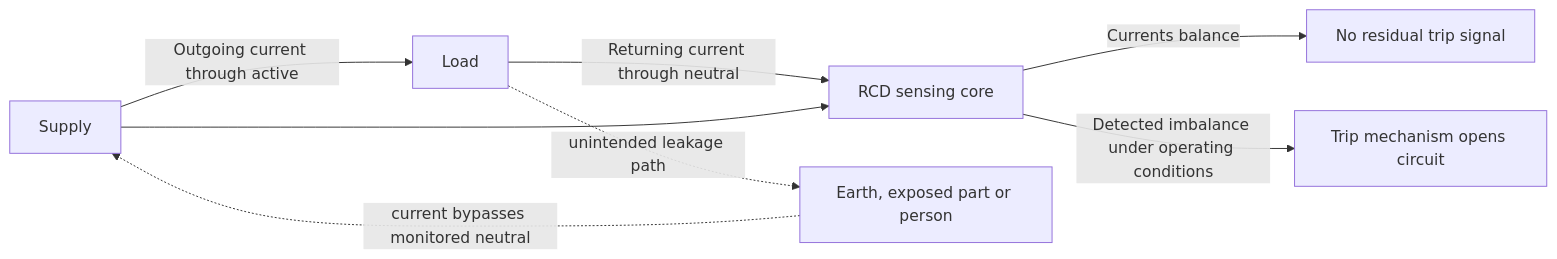
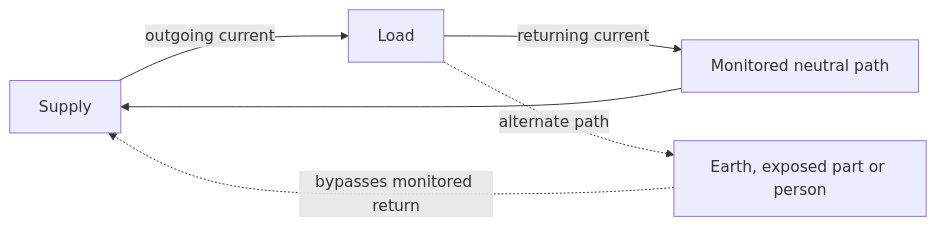
The second of 2 diagrams in docs/learning-plans/4-week/modules/day-04-rcd-protection-and-additional-protection.md (andrew3stedall/capstone), drawn with Mermaid before and after one commit. The commit also changed other lines of this file, not shown here.

Commit message:
docs: strengthen Day 4 RCD learning module

````diff
--- a/docs/learning-plans/4-week/modules/day-04-rcd-protection-and-additional-protection.md
+++ b/docs/learning-plans/4-week/modules/day-04-rcd-protection-and-additional-protection.md
@@ -177,10 +188,8 @@
 ```mermaid
 flowchart LR
-    S["Supply"] -->|"Outgoing current through active"| L["Load"]
-    L -->|"Returning current through neutral"| R["RCD sensing core"]
-    S --> R
-    R -->|"Currents balance"| N["No residual trip signal"]
-    L -. unintended leakage path .-> E["Earth, exposed part or person"]
-    E -.->|"current bypasses monitored neutral"| S
-    R -->|"Detected imbalance under operating conditions"| T["Trip mechanism opens circuit"]
+    S["Supply"] -->|"outgoing current"| L["Load"]
+    L -->|"returning current"| R["Monitored neutral path"]
+    R --> S
+    L -. "alternate path" .-> X["Earth, exposed part or person"]
+    X -. "bypasses monitored return" .-> S
 ```
````
